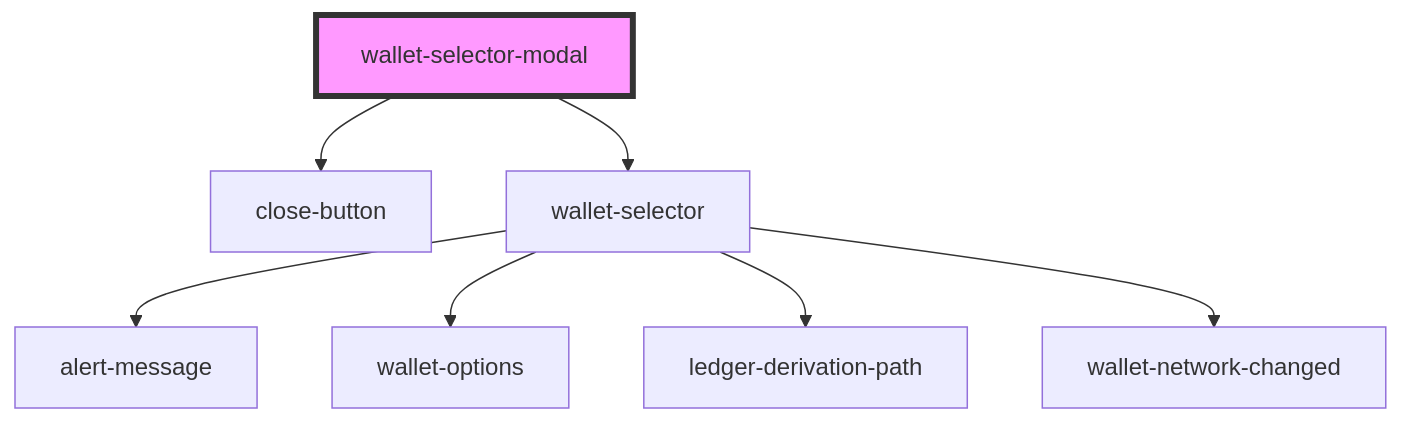
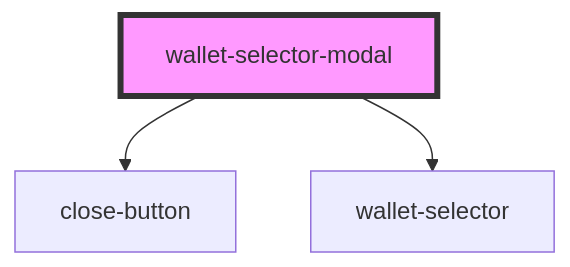
Before and after one commit to near/wallet-selector: the diagram in packages/selector-ui/src/components/wallet-selector-modal/readme.md, drawn with Mermaid. The commit also changed 18 other files, not shown here.

````diff
--- a/packages/selector-ui/src/components/wallet-selector-modal/readme.md
+++ b/packages/selector-ui/src/components/wallet-selector-modal/readme.md
@@ -63,10 +63,6 @@
 ```mermaid
 graph TD;
   wallet-selector-modal --> close-button
   wallet-selector-modal --> wallet-selector
-  wallet-selector --> alert-message
-  wallet-selector --> wallet-options
-  wallet-selector --> ledger-derivation-path
-  wallet-selector --> wallet-network-changed
   style wallet-selector-modal fill:#f9f,stroke:#333,stroke-width:4px
 ```
````
